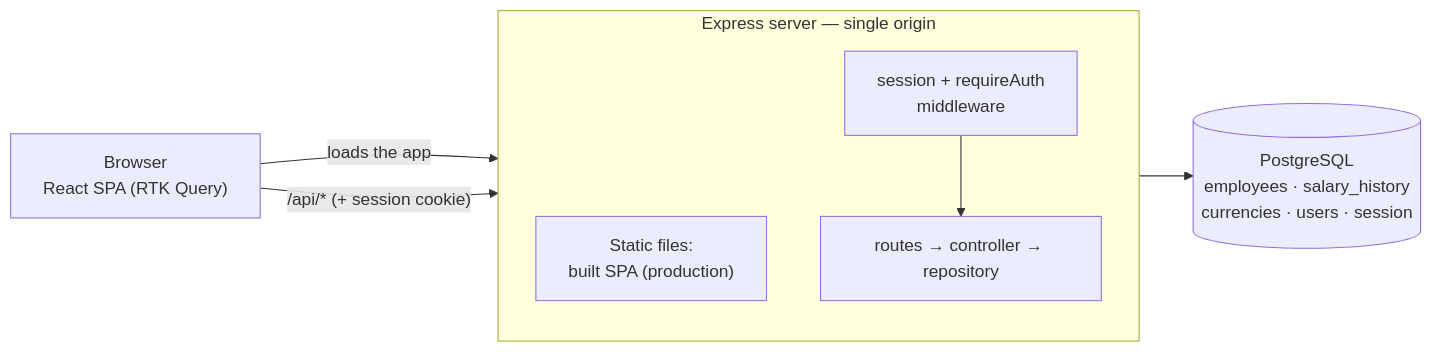
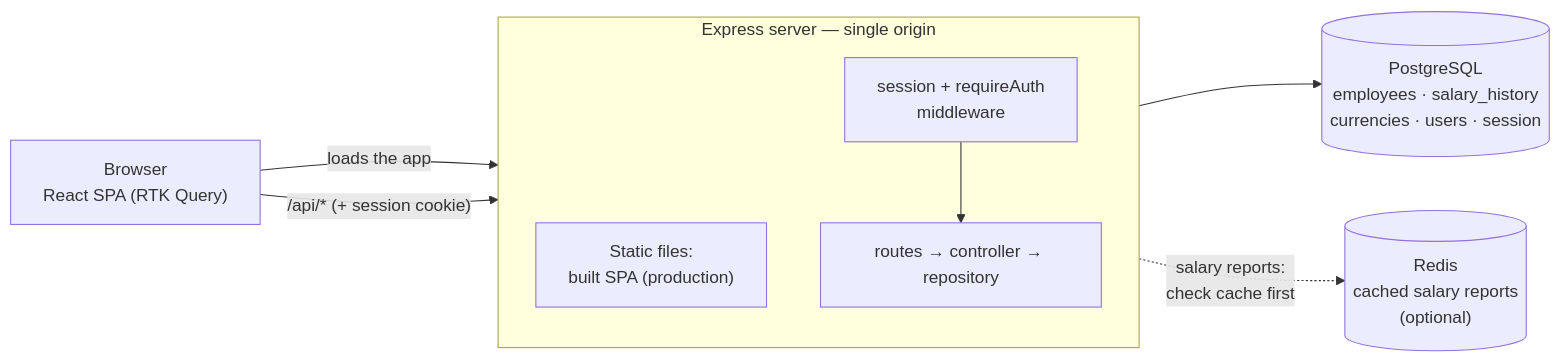
One commit to ajaySankapal/salary-management-workspace changed the diagram in README.md. Above: the diagram before and after it, drawn with Mermaid. The commit also changed other lines of this file and 3 other files, not shown here.

````diff
--- a/README.md
+++ b/README.md
@@ -31,16 +31,18 @@
 ```mermaid
 flowchart LR
   B["Browser<br/>React SPA (RTK Query)"]
 
   subgraph SRV["Express server — single origin"]
     direction TB
     STAT["Static files:<br/>built SPA (production)"]
     MW["session + requireAuth<br/>middleware"]
     LYR["routes → controller → repository"]
   end
 
   DB[("PostgreSQL<br/>employees · salary_history<br/>currencies · users · session")]
+  RD[("Redis<br/>cached salary reports<br/>(optional)")]
 
   B -- "loads the app" --> STAT
   B -- "/api/* (+ session cookie)" --> MW --> LYR --> DB
+  LYR -. "salary reports:<br/>check cache first" .-> RD
 ```
````
